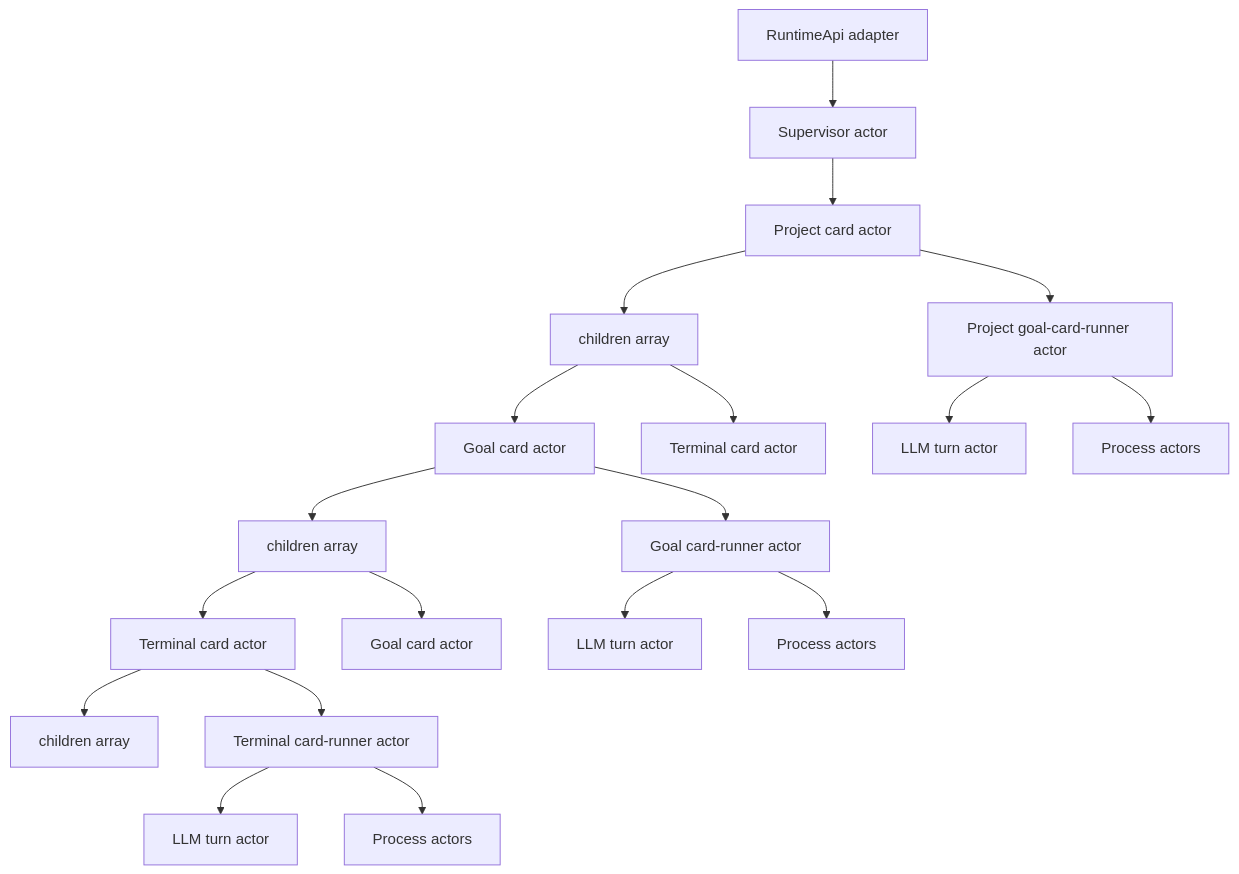
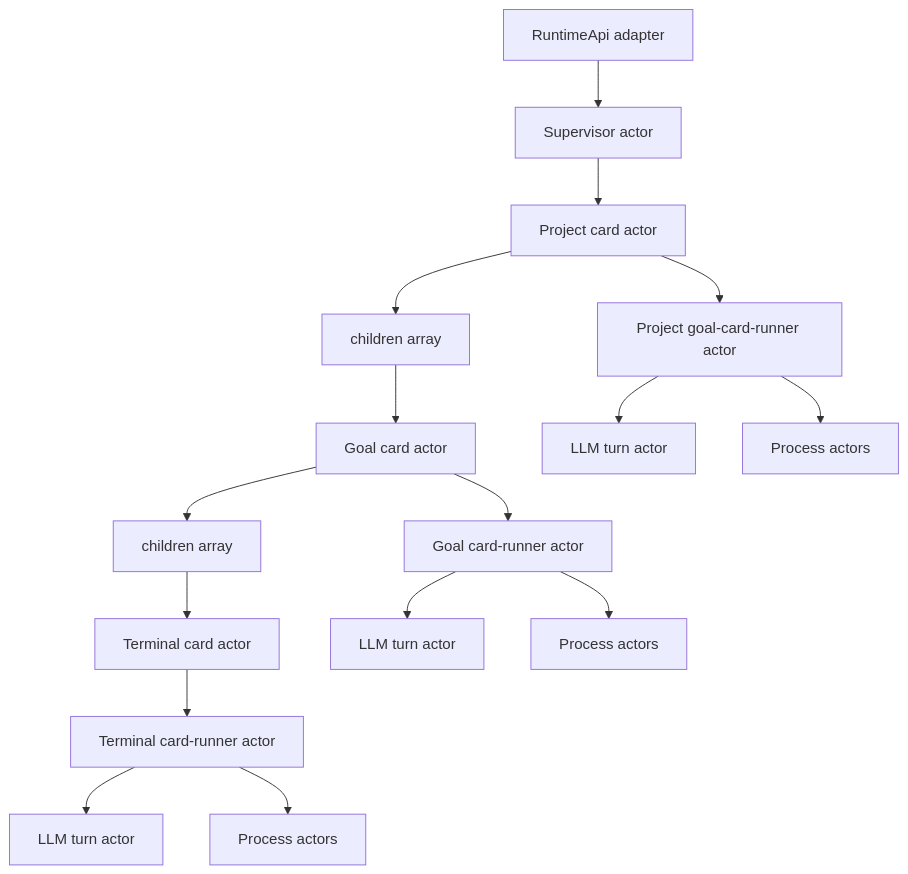
Before and after one commit to salva/saivage-v3: the diagram in docs/architecture/xstate-runtime-core.md, drawn with Mermaid. The commit also changed other lines of this file, not shown here.

Commit message:
docs: simplify actor tree example

````diff
--- a/docs/architecture/xstate-runtime-core.md
+++ b/docs/architecture/xstate-runtime-core.md
@@ -64,25 +64,22 @@
 ```mermaid
 graph TD
   api[RuntimeApi adapter] --> supervisor[Supervisor actor]
   supervisor --> projectCard
 
   projectCard[Project card actor] --> projectChildren[children array]
   projectCard --> projectRunner[Project goal-card-runner actor]
   projectChildren --> goalCard[Goal card actor]
-  projectChildren --> terminalSibling[Terminal card actor]
 
   goalCard --> goalChildren[children array]
   goalCard --> goalRunner[Goal card-runner actor]
   goalChildren --> terminalCard[Terminal card actor]
-  goalChildren --> nestedGoalCard[Goal card actor]
 
-  terminalCard --> terminalChildren[children array]
   terminalCard --> terminalRunner[Terminal card-runner actor]
 
   projectRunner --> projectTurn[LLM turn actor]
   projectRunner --> projectProcess[Process actors]
   goalRunner --> goalTurn[LLM turn actor]
   goalRunner --> goalProcess[Process actors]
   terminalRunner --> terminalTurn[LLM turn actor]
   terminalRunner --> terminalProcess[Process actors]
 ```
````
